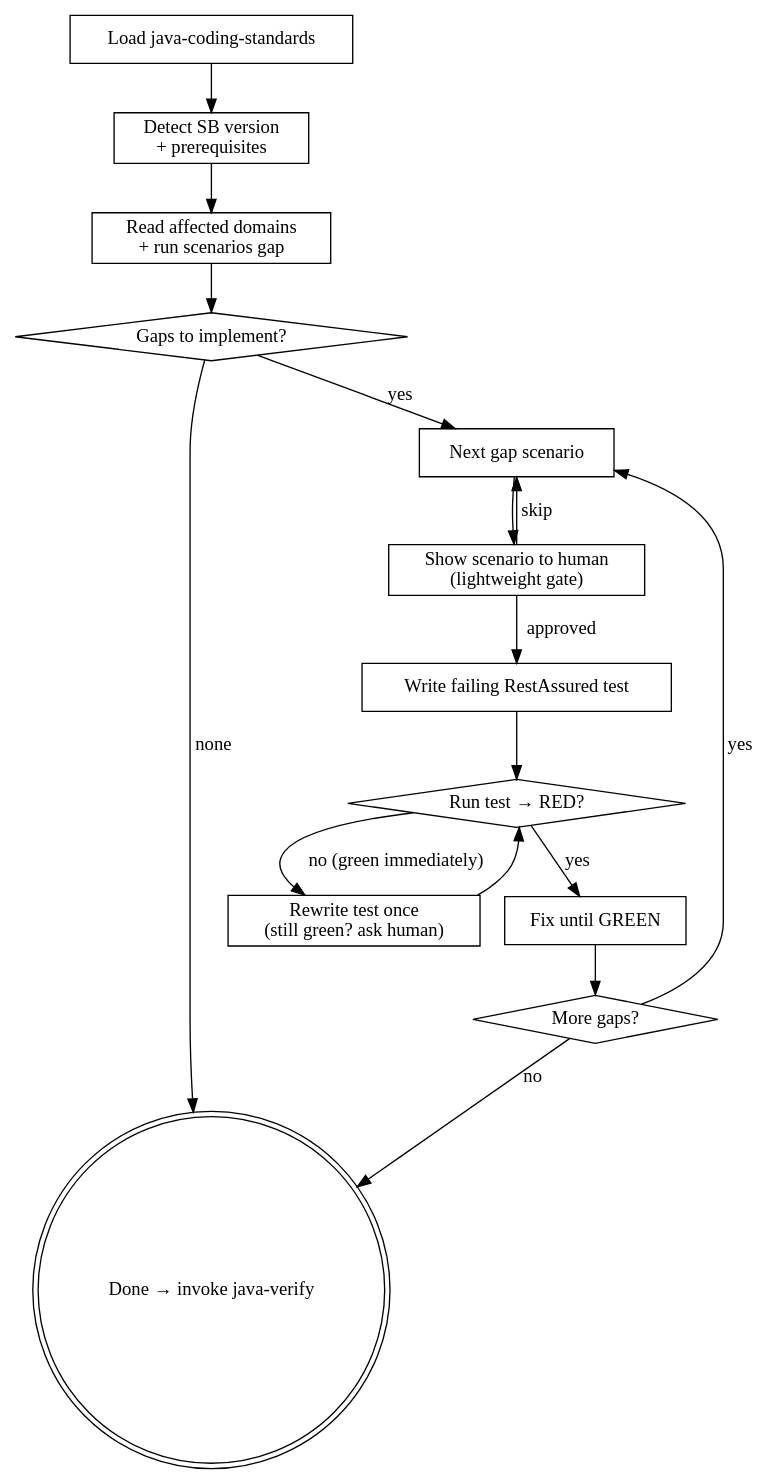
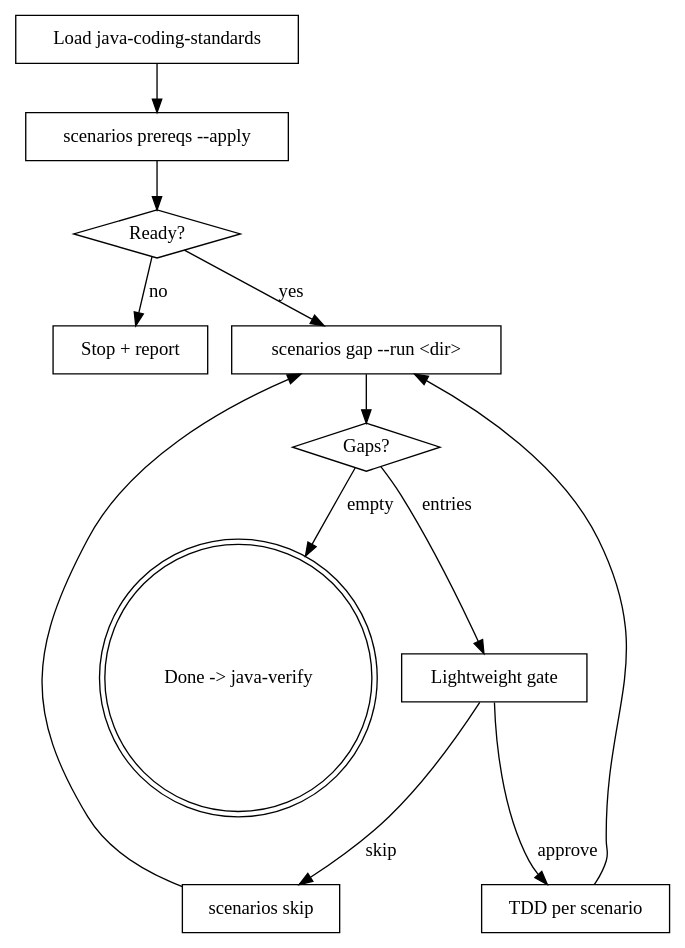
One commit to honghaowuu/jkit changed the diagram in skills/scenario-tdd/SKILL.md. Above: the diagram before and after it, drawn with Graphviz. The commit also changed other lines of this file and 2 other files, not shown here.

First line of the commit message:
refactor(scenario-tdd): rewrite against scenarios v2.1 binary surface

````diff
--- a/skills/scenario-tdd/SKILL.md
+++ b/skills/scenario-tdd/SKILL.md
@@ -40,32 +33,26 @@
 ```dot
 digraph scenario_tdd {
     "Load java-coding-standards" [shape=box];
-    "Detect SB version\n+ prerequisites" [shape=box];
-    "Read affected domains\n+ run scenarios gap" [shape=box];
-    "Gaps to implement?" [shape=diamond];
-    "Done → invoke java-verify" [shape=doublecircle];
-    "Next gap scenario" [shape=box];
-    "Show scenario to human\n(lightweight gate)" [shape=box];
-    "Write failing RestAssured test" [shape=box];
-    "Run test → RED?" [shape=diamond];
-    "Rewrite test once\n(still green? ask human)" [shape=box];
-    "Fix until GREEN" [shape=box];
-    "More gaps?" [shape=diamond];
+    "scenarios prereqs --apply" [shape=box];
+    "Ready?" [shape=diamond];
+    "Stop + report" [shape=box];
+    "scenarios gap --run <dir>" [shape=box];
+    "Gaps?" [shape=diamond];
+    "Done -> java-verify" [shape=doublecircle];
+    "Lightweight gate" [shape=box];
+    "scenarios skip" [shape=box];
+    "TDD per scenario" [shape=box];
 
-    "Load java-coding-standards" -> "Detect SB version\n+ prerequisites";
-    "Detect SB version\n+ prerequisites" -> "Read affected domains\n+ run scenarios gap";
-    "Read affected domains\n+ run scenarios gap" -> "Gaps to implement?";
-    "Gaps to implement?" -> "Done → invoke java-verify" [label="none"];
-    "Gaps to implement?" -> "Next gap scenario" [label="yes"];
-    "Next gap scenario" -> "Show scenario to human\n(lightweight gate)";
-    "Show scenario to human\n(lightweight gate)" -> "Write failing RestAssured test" [label="approved"];
-    "Show scenario to human\n(lightweight gate)" -> "Next gap scenario" [label="skip"];
-    "Write failing RestAssured test" -> "Run test → RED?";
-    "Run test → RED?" -> "Fix until GREEN" [label="yes"];
-    "Run test → RED?" -> "Rewrite test once\n(still green? ask human)" [label="no (green immediately)"];
-    "Rewrite test once\n(still green? ask human)" -> "Run test → RED?";
-    "Fix until GREEN" -> "More gaps?";
-    "More gaps?" -> "Next gap scenario" [label="yes"];
-    "More gaps?" -> "Done → invoke java-verify" [label="no"];
+    "Load java-coding-standards" -> "scenarios prereqs --apply";
+    "scenarios prereqs --apply" -> "Ready?";
+    "Ready?" -> "scenarios gap --run <dir>" [label="yes"];
+    "Ready?" -> "Stop + report" [label="no"];
+    "scenarios gap --run <dir>" -> "Gaps?";
+    "Gaps?" -> "Done -> java-verify" [label="empty"];
+    "Gaps?" -> "Lightweight gate" [label="entries"];
+    "Lightweight gate" -> "TDD per scenario" [label="approve"];
+    "Lightweight gate" -> "scenarios skip" [label="skip"];
+    "scenarios skip" -> "scenarios gap --run <dir>";
+    "TDD per scenario" -> "scenarios gap --run <dir>";
 }
 ```
````
